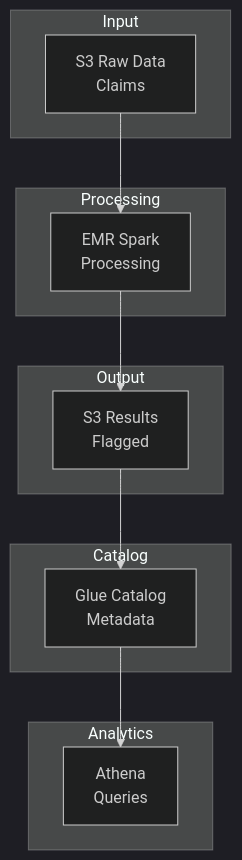
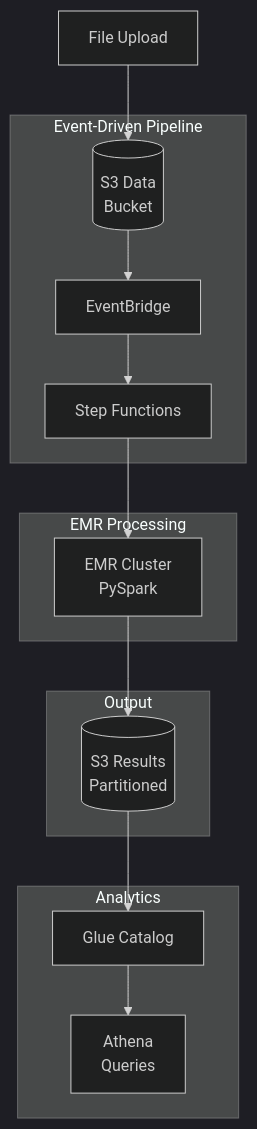
Before and after one commit to caverac/insurance-fraud-detection: the first of 2 diagrams in README.md, drawn with Mermaid (dark theme). The commit also changed other lines of this file, not shown here.

````diff
--- a/README.md
+++ b/README.md
@@ -133,27 +181,22 @@
 ```mermaid
 flowchart TB
-    subgraph Input
-        A[S3 Raw Data<br/>Claims]
+    Upload[File Upload] --> S3Data
+
+    subgraph EventDriven[Event-Driven Pipeline]
+        S3Data[(S3 Data<br/>Bucket)] --> EventBridge[EventBridge]
+        EventBridge --> StepFunctions[Step Functions]
     end
 
-    subgraph Processing
-        B[EMR Spark<br/>Processing]
+    subgraph Processing[EMR Processing]
+        StepFunctions --> EMR[EMR Cluster<br/>PySpark]
     end
 
     subgraph Output
-        C[S3 Results<br/>Flagged]
-    end
-
-    subgraph Catalog
-        D[Glue Catalog<br/>Metadata]
+        EMR --> S3Results[(S3 Results<br/>Partitioned)]
     end
 
     subgraph Analytics
-        E[Athena<br/>Queries]
+        S3Results --> Glue[Glue Catalog]
+        Glue --> Athena[Athena<br/>Queries]
     end
-
-    A --> B
-    B --> C
-    C --> D
-    D --> E
 ```
````
